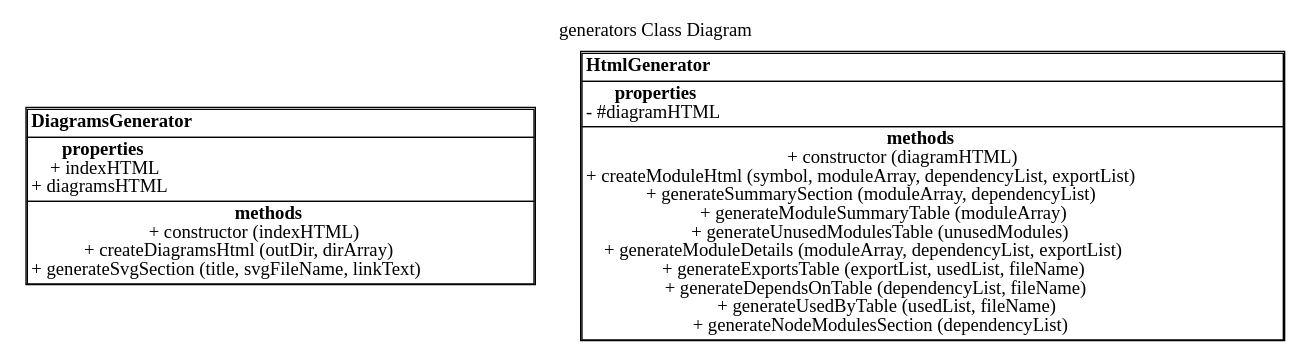
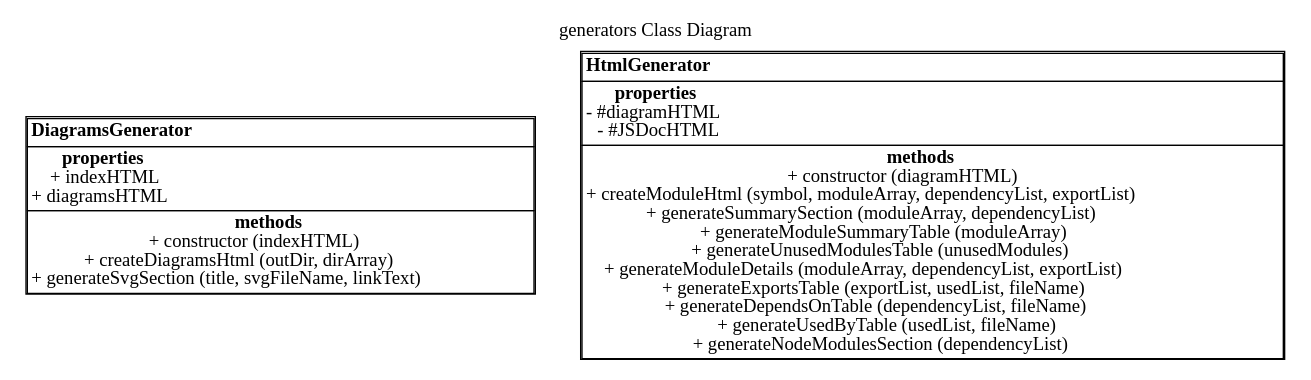
The diagram in docs/generators/ClassDiagram.dot (fleebe/dep-graph), drawn with Graphviz before and after one commit. The commit also changed 14 other files, not shown here.

Commit message:
Made  jsdoc work and created base diagrams navigation.

```diff
--- a/docs/generators/ClassDiagram.dot
+++ b/docs/generators/ClassDiagram.dot
@@ -1,35 +1,36 @@
 digraph {label="generators Class Diagram";
 labelloc="t";
 "DiagramsGenerator" [shape = none, label =<<TABLE cellspacing="0" cellborder="1" align="left">
 <TR><TD align="left"><B>DiagramsGenerator</B></TD></TR>
 <TR><TD align="left"><B>properties</B><BR/>
 + indexHTML<BR/>
 + diagramsHTML<BR/>
 </TD></TR>
 <TR><TD align="left"><B>methods</B><BR/>
 + constructor (indexHTML)<BR/>
 + createDiagramsHtml (outDir, dirArray)<BR/>
 + generateSvgSection (title, svgFileName, linkText)<BR/>
 </TD></TR>
 </TABLE>>];
 
 "HtmlGenerator" [shape = none, label =<<TABLE cellspacing="0" cellborder="1" align="left">
 <TR><TD align="left"><B>HtmlGenerator</B></TD></TR>
 <TR><TD align="left"><B>properties</B><BR/>
 - #diagramHTML<BR/>
+- #JSDocHTML<BR/>
 </TD></TR>
 <TR><TD align="left"><B>methods</B><BR/>
 + constructor (diagramHTML)<BR/>
 + createModuleHtml (symbol, moduleArray, dependencyList, exportList)<BR/>
 + generateSummarySection (moduleArray, dependencyList)<BR/>
 + generateModuleSummaryTable (moduleArray)<BR/>
 + generateUnusedModulesTable (unusedModules)<BR/>
 + generateModuleDetails (moduleArray, dependencyList, exportList)<BR/>
 + generateExportsTable (exportList, usedList, fileName)<BR/>
 + generateDependsOnTable (dependencyList, fileName)<BR/>
 + generateUsedByTable (usedList, fileName)<BR/>
 + generateNodeModulesSection (dependencyList)<BR/>
 </TD></TR>
 </TABLE>>];
 
 }
```
